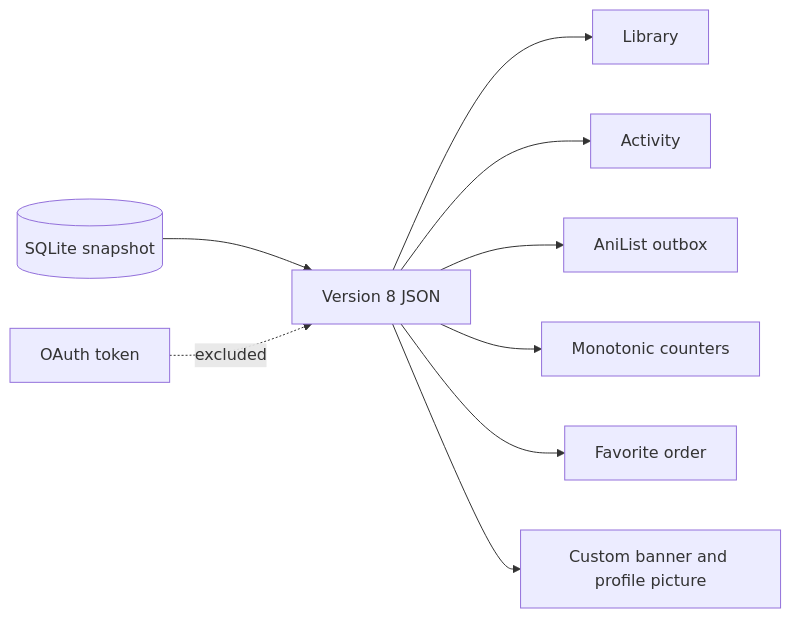
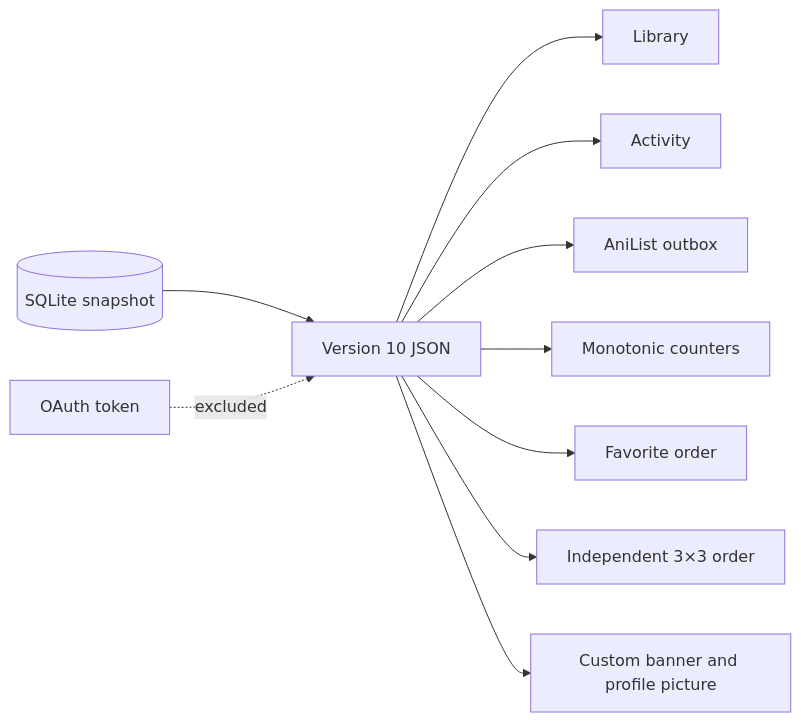
The fifth of 5 diagrams in DIAGRAMS.MD (GMkonan/honne), drawn with Mermaid before and after one commit. The commit also changed other lines of this file and 41 other files, not shown here.

Commit message:
feat: add library overview and separate favorites from top nine

````diff
--- a/DIAGRAMS.MD
+++ b/DIAGRAMS.MD
@@ -134,11 +141,12 @@
 ```mermaid
 flowchart LR
-    SQLite[(SQLite snapshot)] --> Export[Version 8 JSON]
+    SQLite[(SQLite snapshot)] --> Export[Version 10 JSON]
     Export --> Media[Library]
     Export --> Activity[Activity]
     Export --> Outbox[AniList outbox]
     Export --> Counters[Monotonic counters]
     Export --> Favorites[Favorite order]
+    Export --> TopNine[Independent 3×3 order]
     Export --> Appearance[Custom banner and profile picture]
     Secret[OAuth token] -. excluded .-> Export
 ```
````
